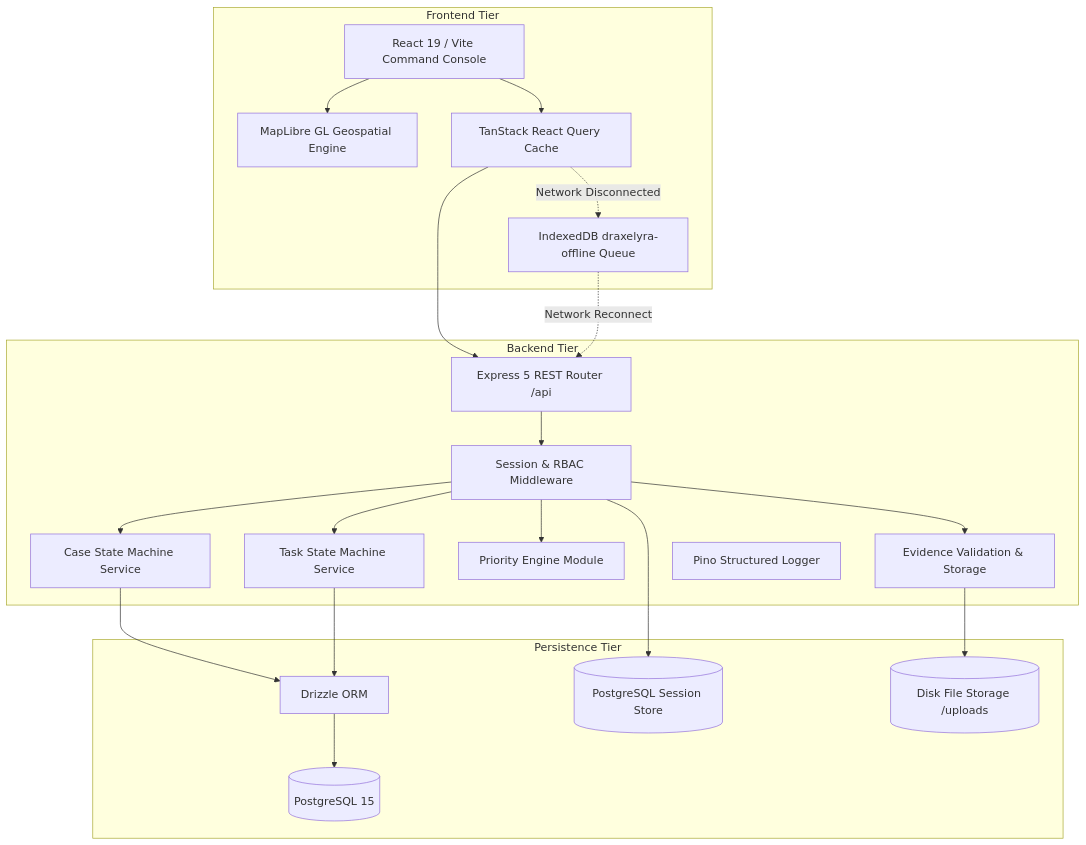
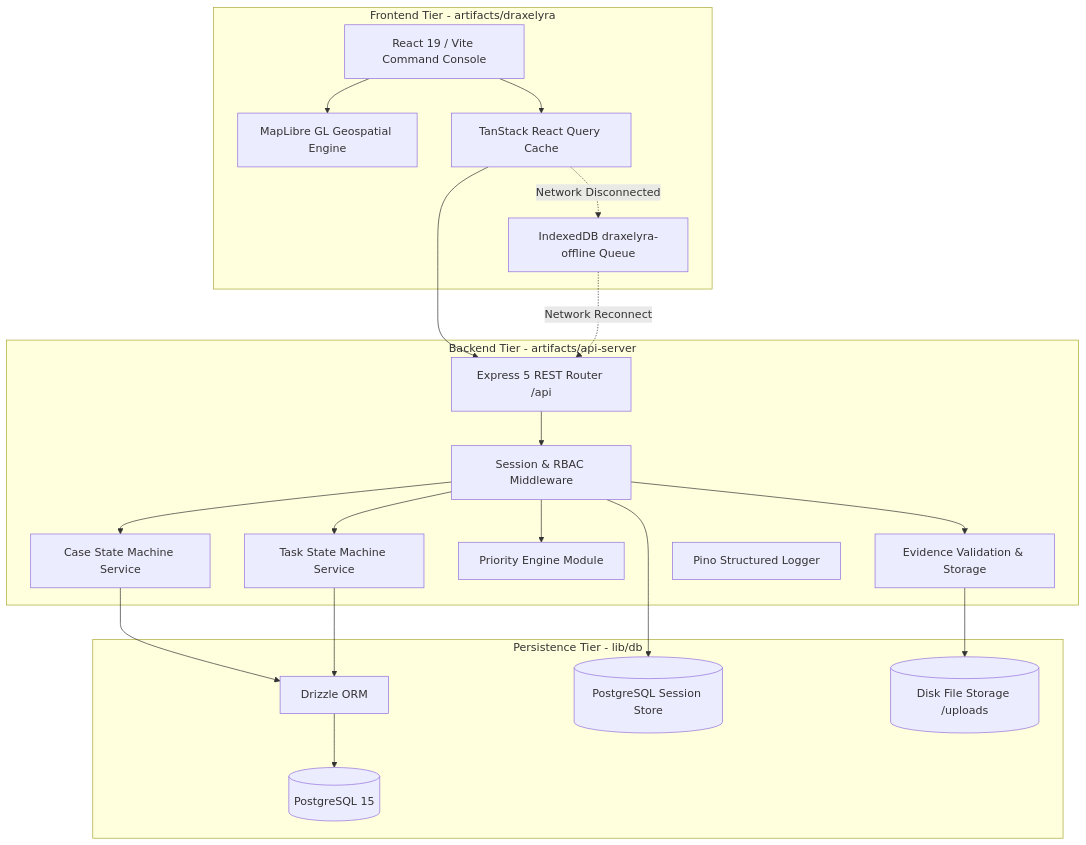
Before and after one commit to rohitkumarnaidu/Disaster-Intelligence-Response-OS: the diagram in docs/03-architecture/system-architecture.md, drawn with Mermaid. The commit also changed other lines of this file and 90 other files, not shown here.

````diff
--- a/docs/03-architecture/system-architecture.md
+++ b/docs/03-architecture/system-architecture.md
@@ -7,39 +7,39 @@
 ```mermaid
 graph TB
-    subgraph Client Layer [Frontend Tier]
+    subgraph Client Layer [Frontend Tier - artifacts/draxelyra]
         UI[React 19 / Vite Command Console]
         Map[MapLibre GL Geospatial Engine]
         Store[TanStack React Query Cache]
         Offline[IndexedDB draxelyra-offline Queue]
     end
 
-    subgraph API Layer [Backend Tier]
+    subgraph API Layer [Backend Tier - artifacts/api-server]
         Router[Express 5 REST Router /api]
         AuthMid[Session & RBAC Middleware]
         CaseSM[Case State Machine Service]
         TaskSM[Task State Machine Service]
         PriEng[Priority Engine Module]
         EvPipe[Evidence Validation & Storage]
         PinoLog[Pino Structured Logger]
     end
 
-    subgraph Data Layer [Persistence Tier]
+    subgraph Data Layer [Persistence Tier - lib/db]
         Drizzle[Drizzle ORM]
         PG[(PostgreSQL 15)]
         Sessions[(PostgreSQL Session Store)]
         Uploads[(Disk File Storage /uploads)]
     end
 
     UI --> Store
     UI --> Map
     Store --> Router
     Store -.->|Network Disconnected| Offline
     Offline -.->|Network Reconnect| Router
     Router --> AuthMid
     AuthMid --> CaseSM & TaskSM & PriEng & EvPipe
     CaseSM --> Drizzle
     TaskSM --> Drizzle
     EvPipe --> Uploads
     Drizzle --> PG
     AuthMid --> Sessions
 ```
````
